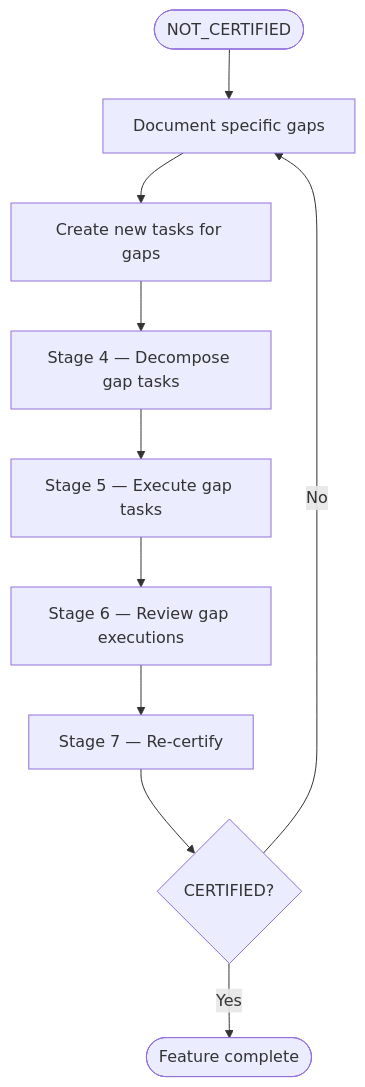
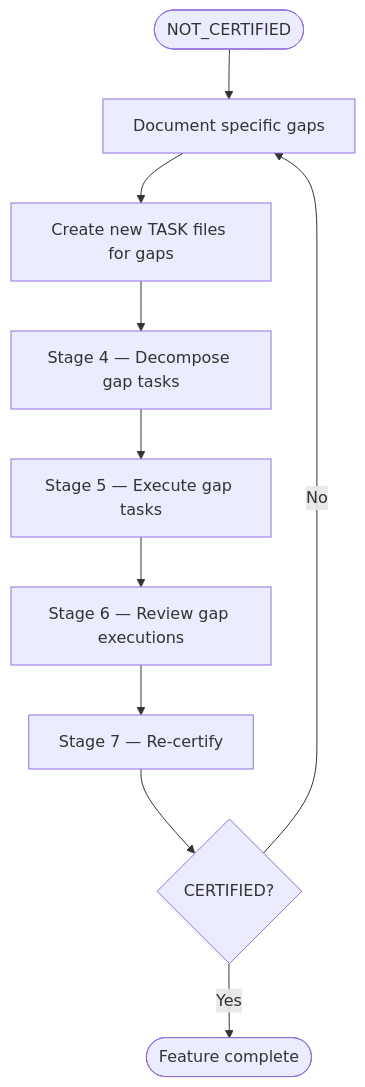
One commit to Jamie-BitFlight/claude_skills changed the second of 2 diagrams in plugins/development-harness/skills/final-verification/SKILL.md. Above: the diagram before and after it, drawn with Mermaid. The commit also changed other lines of this file and 31 other files, not shown here.

````diff
--- a/plugins/development-harness/skills/final-verification/SKILL.md
+++ b/plugins/development-harness/skills/final-verification/SKILL.md
@@ -197,12 +187,12 @@
 ```mermaid
 flowchart TD
     NotCert([NOT_CERTIFIED]) --> Gaps[Document specific gaps]
-    Gaps --> NewTasks[Create new tasks for gaps]
+    Gaps --> NewTasks[Create new TASK files for gaps]
     NewTasks --> Stage4[Stage 4 — Decompose gap tasks]
     Stage4 --> Stage5[Stage 5 — Execute gap tasks]
     Stage5 --> Stage6[Stage 6 — Review gap executions]
     Stage6 --> Stage7[Stage 7 — Re-certify]
     Stage7 --> Q{CERTIFIED?}
     Q -->|Yes| Done([Feature complete])
     Q -->|No| Gaps
 ```
````
